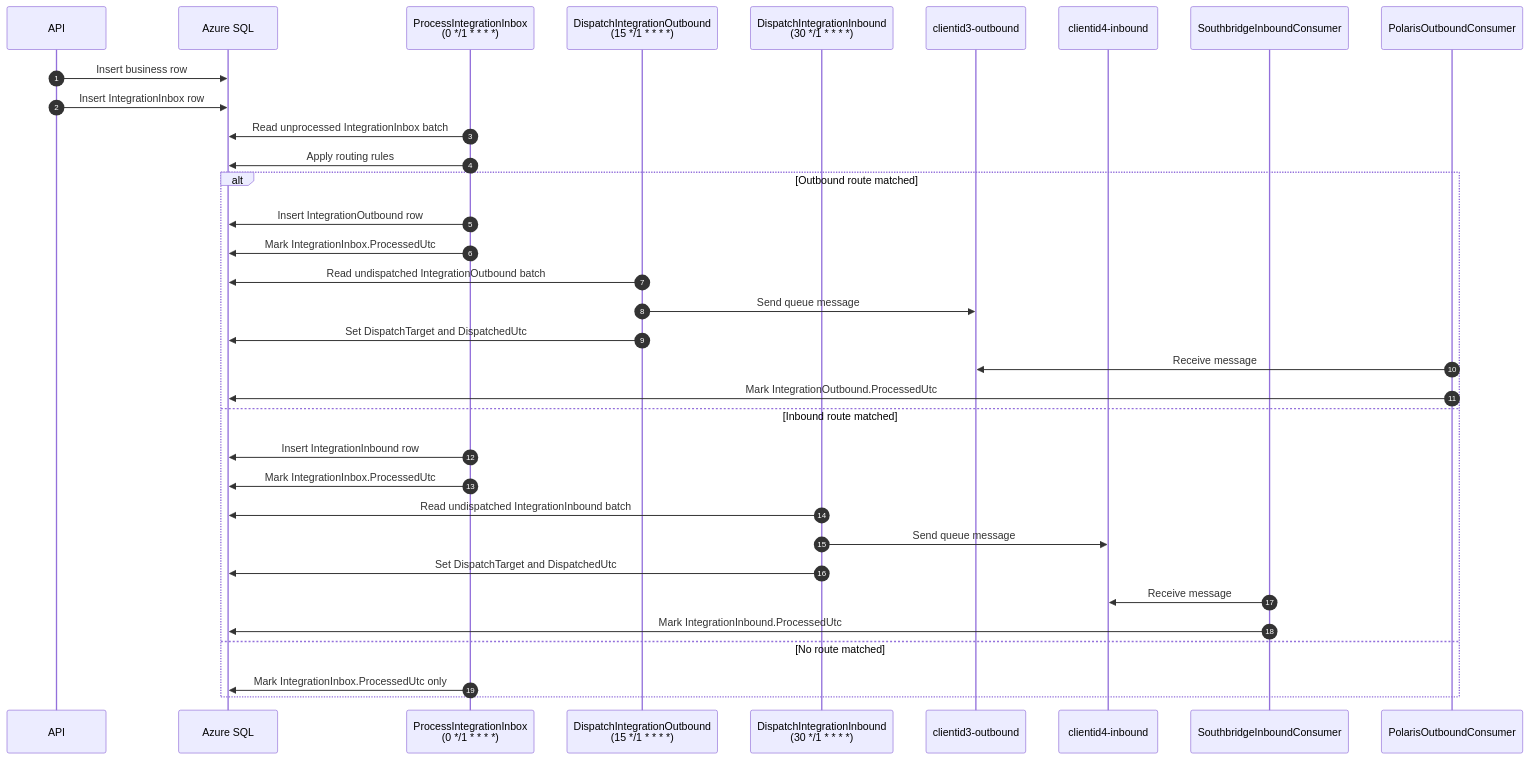
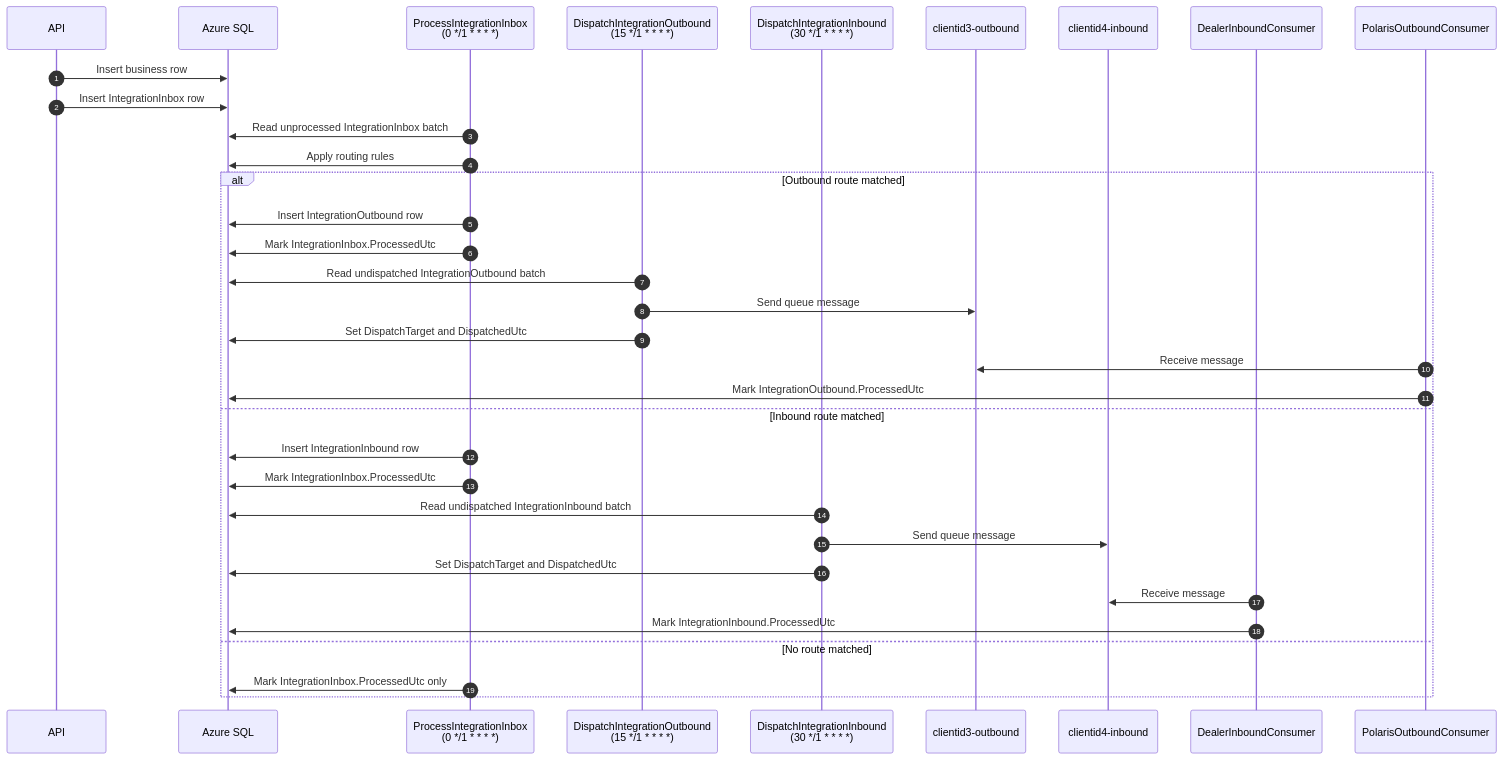
One commit to timmetcalfe/KulaHubIssues changed the second of 3 diagrams in MESSAGE_FLOW.md. Above: the diagram before and after it, drawn with Mermaid. The commit also changed other lines of this file and 10 other files, not shown here.

Commit message:
feat: update client references from Southbridge Retail to Dealer; refactor related processing logic and consumer functions

````diff
--- a/MESSAGE_FLOW.md
+++ b/MESSAGE_FLOW.md
@@ -58,38 +58,38 @@
 ```mermaid
 sequenceDiagram
     autonumber
     participant API as API
     participant DB as Azure SQL
     participant InboxFn as ProcessIntegrationInbox<br/>(0 */1 * * * *)
     participant OutFn as DispatchIntegrationOutbound<br/>(15 */1 * * * *)
     participant InFn as DispatchIntegrationInbound<br/>(30 */1 * * * *)
     participant SBOut as clientid3-outbound
     participant SBIn as clientid4-inbound
-    participant Southbridge as SouthbridgeInboundConsumer
+    participant Dealer as DealerInboundConsumer
     participant Polaris as PolarisOutboundConsumer
 
     API->>DB: Insert business row
     API->>DB: Insert IntegrationInbox row
 
     InboxFn->>DB: Read unprocessed IntegrationInbox batch
     InboxFn->>DB: Apply routing rules
     alt Outbound route matched
         InboxFn->>DB: Insert IntegrationOutbound row
         InboxFn->>DB: Mark IntegrationInbox.ProcessedUtc
         OutFn->>DB: Read undispatched IntegrationOutbound batch
         OutFn->>SBOut: Send queue message
         OutFn->>DB: Set DispatchTarget and DispatchedUtc
         Polaris->>SBOut: Receive message
         Polaris->>DB: Mark IntegrationOutbound.ProcessedUtc
     else Inbound route matched
         InboxFn->>DB: Insert IntegrationInbound row
         InboxFn->>DB: Mark IntegrationInbox.ProcessedUtc
         InFn->>DB: Read undispatched IntegrationInbound batch
         InFn->>SBIn: Send queue message
         InFn->>DB: Set DispatchTarget and DispatchedUtc
-        Southbridge->>SBIn: Receive message
-        Southbridge->>DB: Mark IntegrationInbound.ProcessedUtc
+        Dealer->>SBIn: Receive message
+        Dealer->>DB: Mark IntegrationInbound.ProcessedUtc
     else No route matched
         InboxFn->>DB: Mark IntegrationInbox.ProcessedUtc only
     end
 ```
````
